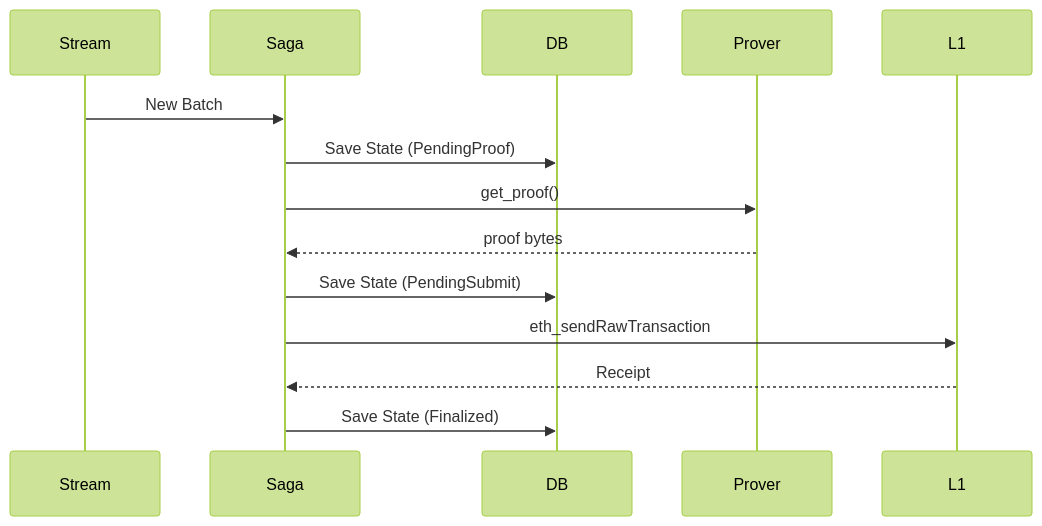
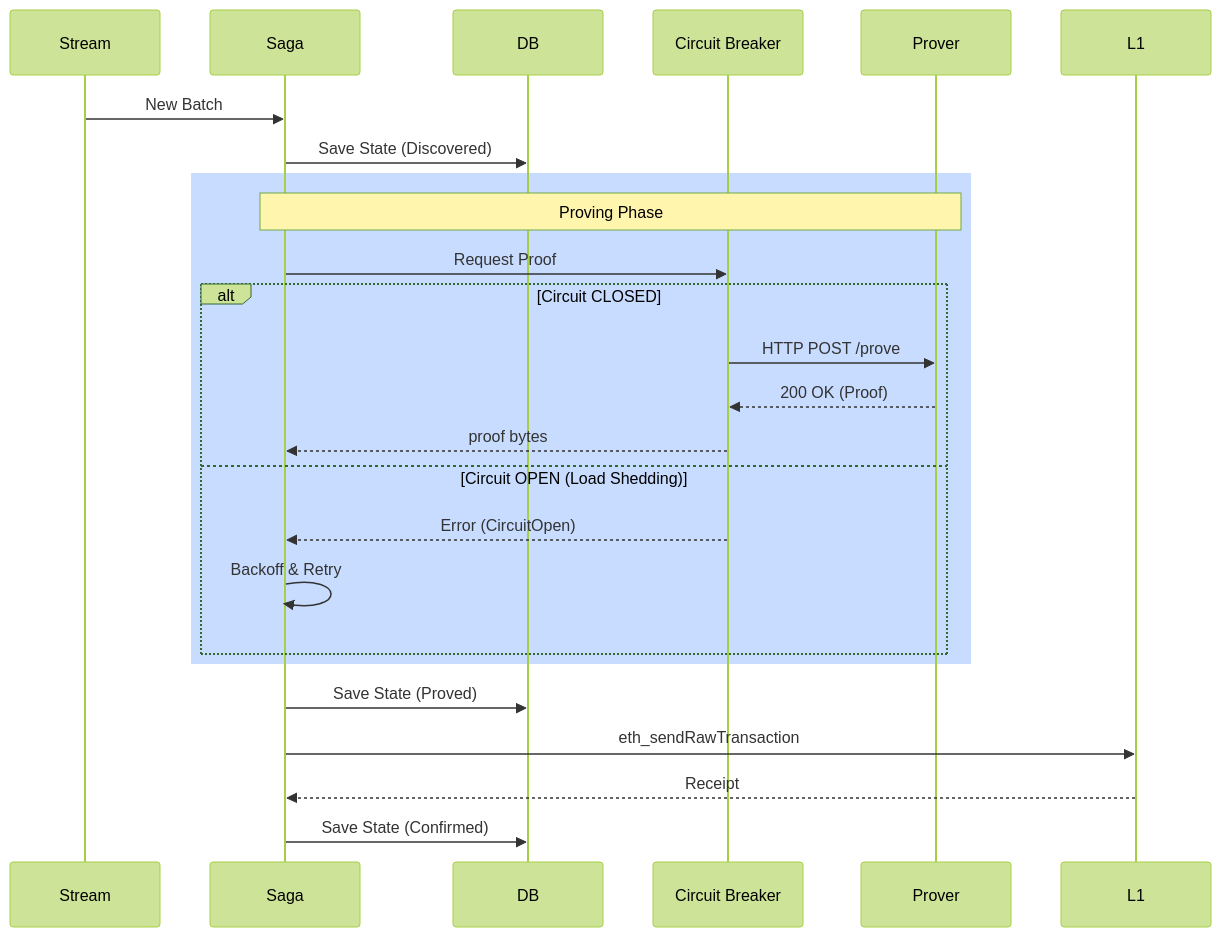
Before and after one commit to RollupX-FYP/rollupx-full-zk-rollup: the third of 3 diagrams in docs/submitter.md, drawn with Mermaid (forest theme). The commit also changed other lines of this file and 2 other files, not shown here.

Commit message:
dadd architectural documentation and README for ZK Rollup Batch Submitter

````diff
--- a/docs/submitter.md
+++ b/docs/submitter.md
@@ -42,17 +42,30 @@
 ```mermaid
 sequenceDiagram
     participant Stream
     participant Saga
     participant DB
+    participant CB as Circuit Breaker
     participant Prover
     participant L1
 
     Stream->>Saga: New Batch
-    Saga->>DB: Save State (PendingProof)
-    Saga->>Prover: get_proof()
-    Prover-->>Saga: proof bytes
-    Saga->>DB: Save State (PendingSubmit)
+    Saga->>DB: Save State (Discovered)
+    
+    rect rgb(200, 220, 255)
+    Note over Saga, Prover: Proving Phase
+    Saga->>CB: Request Proof
+    alt Circuit CLOSED
+        CB->>Prover: HTTP POST /prove
+        Prover-->>CB: 200 OK (Proof)
+        CB-->>Saga: proof bytes
+    else Circuit OPEN (Load Shedding)
+        CB-->>Saga: Error (CircuitOpen)
+        Saga->>Saga: Backoff & Retry
+    end
+    end
+
+    Saga->>DB: Save State (Proved)
     Saga->>L1: eth_sendRawTransaction
     L1-->>Saga: Receipt
-    Saga->>DB: Save State (Finalized)
+    Saga->>DB: Save State (Confirmed)
 ```
````
